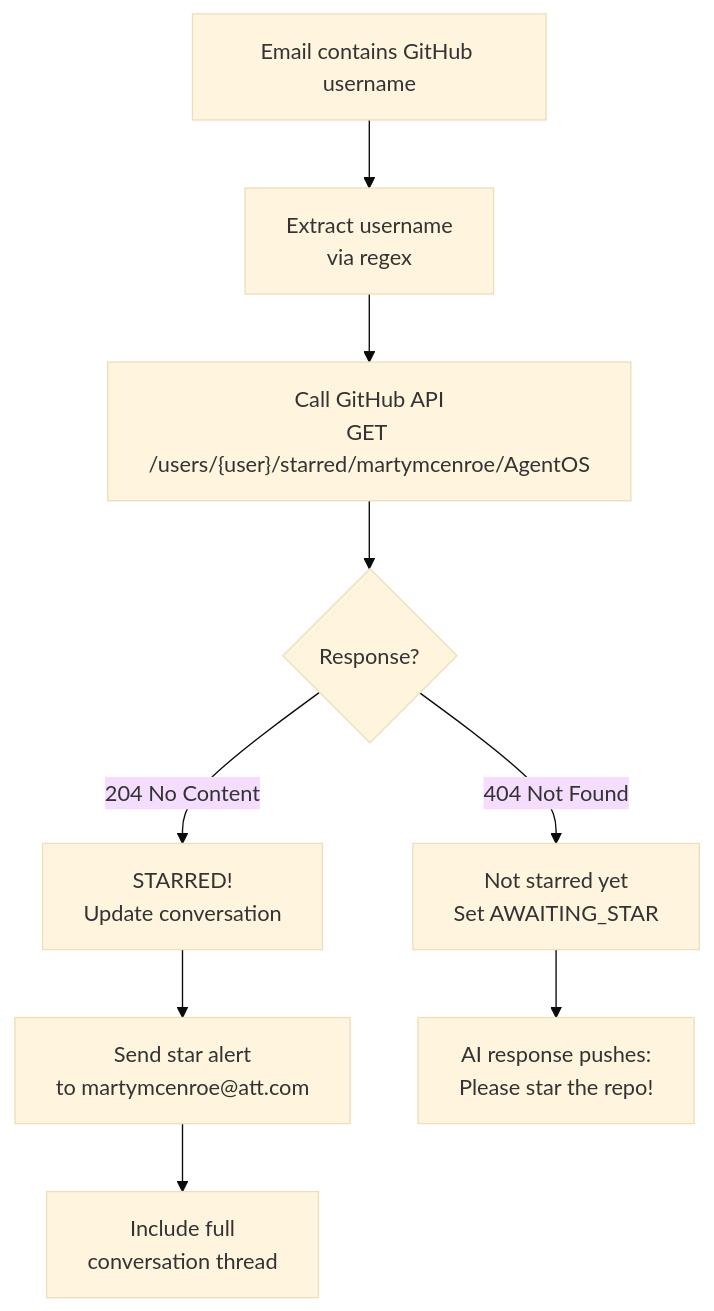
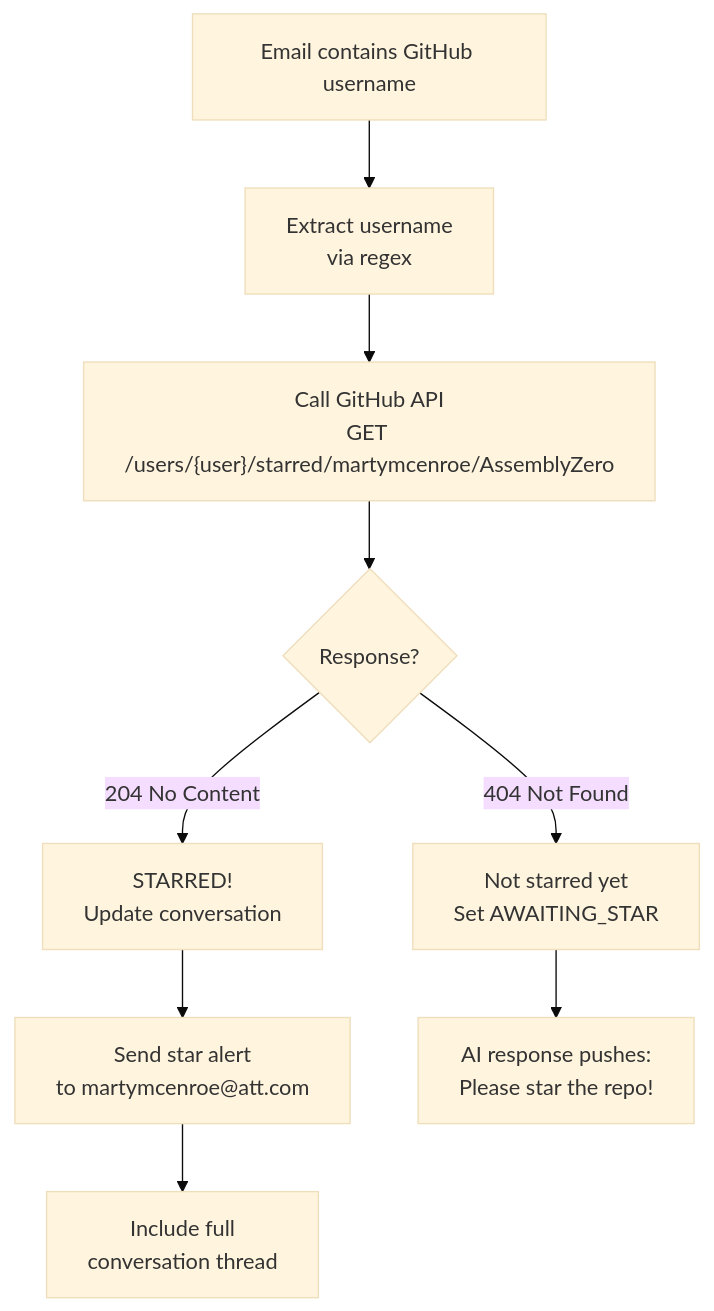
One commit to ThriveTech-AI/hermes-docs changed the third of 3 diagrams in Conversation-State-Machine.md. Above: the diagram before and after it, drawn with Mermaid (base theme). The commit also changed 4 other files, not shown here.

Commit message:
chore: update AgentOS → AssemblyZero and repo references

````diff
--- a/Conversation-State-Machine.md
+++ b/Conversation-State-Machine.md
@@ -127,11 +127,11 @@
 ```mermaid
 flowchart TD
     A["Email contains GitHub username"] --> B["Extract username<br/>via regex"]
-    B --> C["Call GitHub API<br/>GET /users/{user}/starred/martymcenroe/AgentOS"]
+    B --> C["Call GitHub API<br/>GET /users/{user}/starred/martymcenroe/AssemblyZero"]
     C --> D{"Response?"}
     D --> |"204 No Content"| E["STARRED!<br/>Update conversation"]
     D --> |"404 Not Found"| F["Not starred yet<br/>Set AWAITING_STAR"]
     E --> G["Send star alert<br/>to martymcenroe@att.com"]
     G --> H["Include full<br/>conversation thread"]
     F --> I["AI response pushes:<br/>Please star the repo!"]
 ```
````
